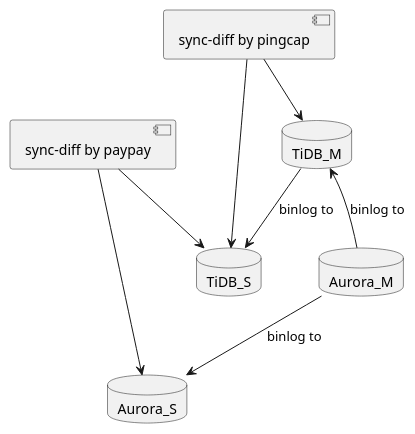
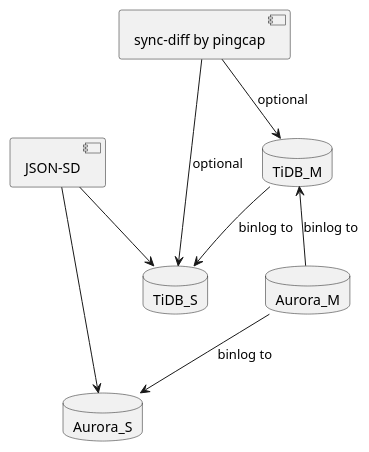
One commit to george24601/notes changed the first of 11 diagrams in mgmt/plan.plantuml. Above: the diagram before and after it, drawn with PlantUML. The commit also changed 9 other files, not shown here.

```diff
--- a/mgmt/plan.plantuml
+++ b/mgmt/plan.plantuml
@@ -1,22 +1,22 @@
 @startuml
 
 database Aurora_M
 database Aurora_S
 database TiDB_M
 database TiDB_S
 
 TiDB_M <-- Aurora_M: binlog to
 Aurora_M --> Aurora_S : binlog to
 TiDB_M --> TiDB_S: binlog to
 
 [sync-diff by pingcap] as sdp
-[sync-diff by paypay] as sd
+[JSON-SD] as sd
 
 sd --> Aurora_S
 sd --> TiDB_S
 
-sdp --> TiDB_M
-sdp --> TiDB_S
+sdp --> TiDB_M: optional
+sdp --> TiDB_S: optional
 
 
 @enduml
```
